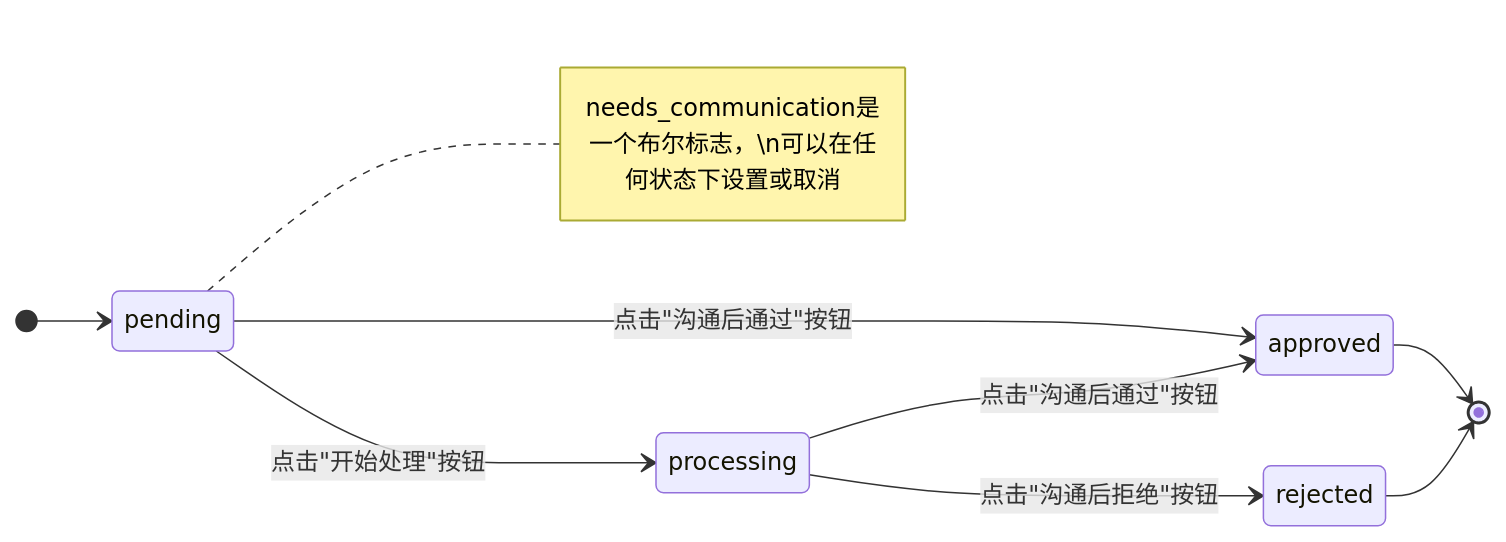
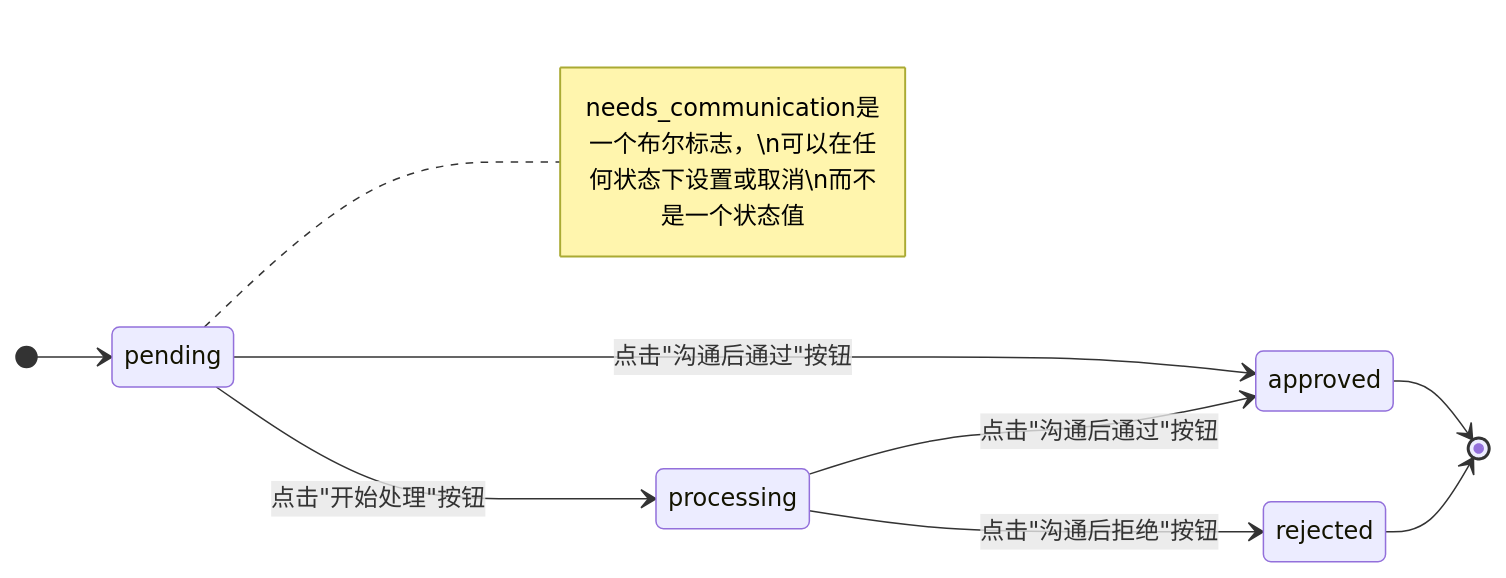
Before and after one commit to dreamlx/sci2: the third of 11 diagrams in docs/refactoring/05_activeadmin_ui_design_updated_v3.md, drawn with Mermaid. The commit also changed other lines of this file and 46 other files, not shown here.

````diff
--- a/docs/refactoring/05_activeadmin_ui_design_updated_v3.md
+++ b/docs/refactoring/05_activeadmin_ui_design_updated_v3.md
@@ -116,13 +119,13 @@
 ```mermaid
 stateDiagram-v2
     direction LR
     [*] --> pending
     pending --> processing : 点击"开始处理"按钮
     pending --> approved : 点击"沟通后通过"按钮
     processing --> approved : 点击"沟通后通过"按钮
     processing --> rejected : 点击"沟通后拒绝"按钮
     approved --> [*]
     rejected --> [*]
     
-    note right of pending: needs_communication是一个布尔标志，\n可以在任何状态下设置或取消
+    note right of pending: needs_communication是一个布尔标志，\n可以在任何状态下设置或取消\n而不是一个状态值
 ```
````
